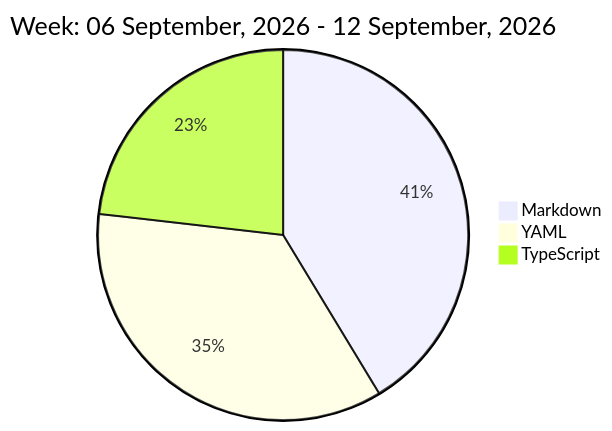
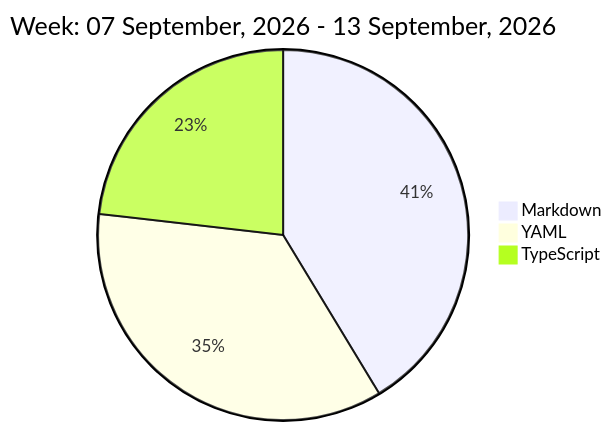
Before and after one commit to liubin95/liubin95: the diagram in README.md, drawn with Mermaid.

Commit message:
Updated the Graph with new Metrics

````diff
--- a/README.md
+++ b/README.md
@@ -32,7 +32,7 @@
 ```mermaid
  pie
-title Week: 06 September, 2026 - 12 September, 2026
+title Week: 07 September, 2026 - 13 September, 2026
  "Markdown" : 4.6
  "YAML" : 3.95
  "TypeScript" : 2.58
 ```
````
